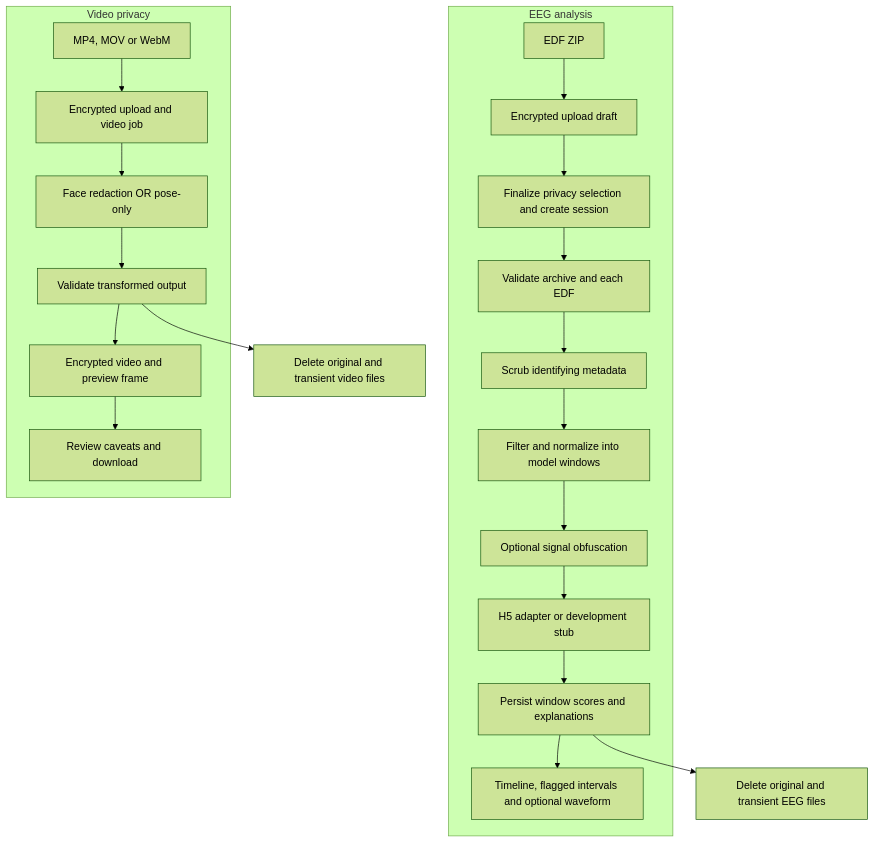
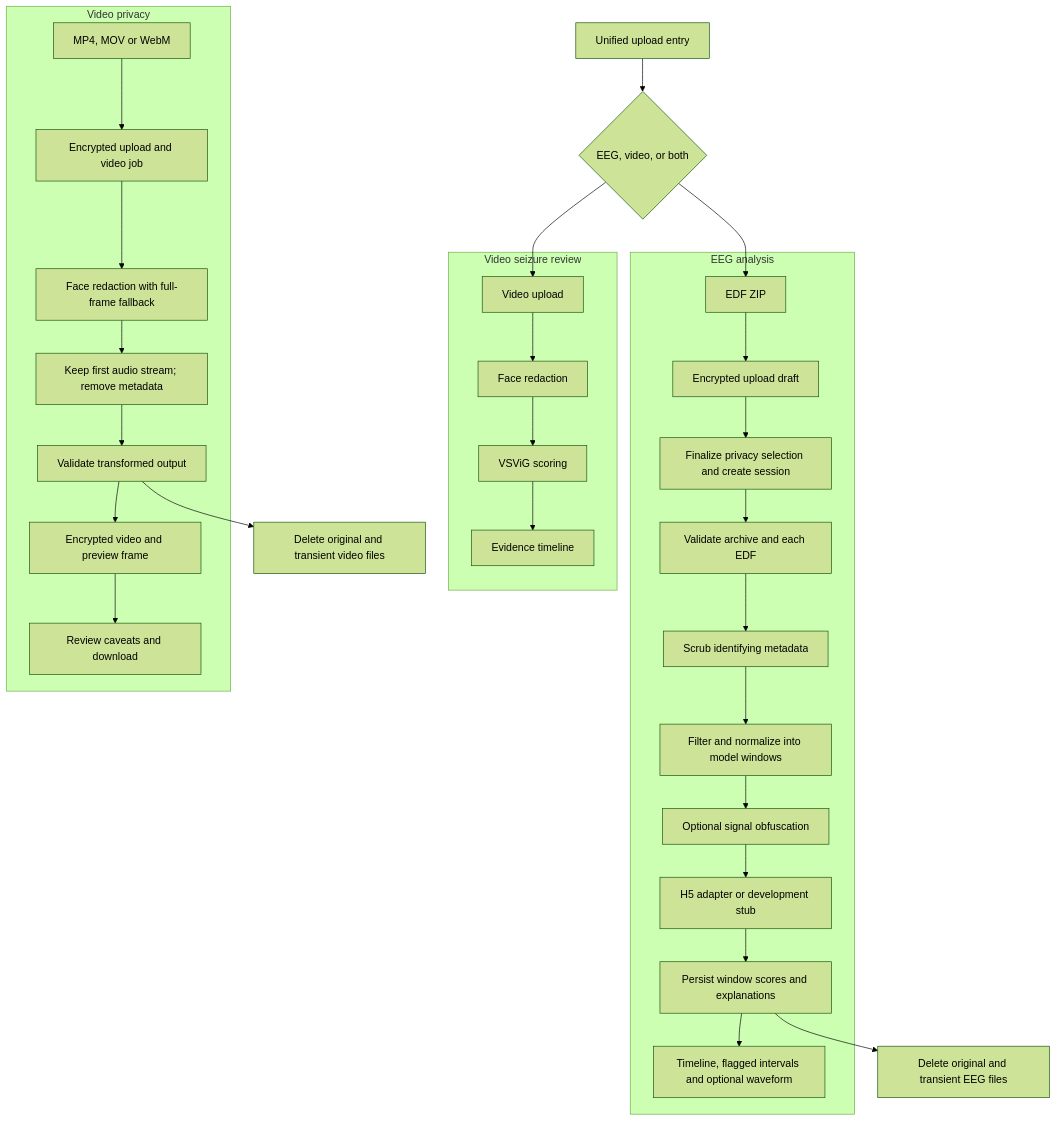
Before and after one commit to 4ffaad/FYP-MDS01: the third of 5 diagrams in docs/architecture.md, drawn with Mermaid (forest theme). The commit also changed other lines of this file and 83 other files, not shown here.

Commit message:
video privacy feature

````diff
--- a/docs/architecture.md
+++ b/docs/architecture.md
@@ -48,23 +48,32 @@
 ```mermaid
 flowchart TB
+    UploadEntry[Unified upload entry] --> Choose{EEG, video, or both}
     subgraph EEG[EEG analysis]
         ZIP[EDF ZIP] --> Draft[Encrypted upload draft]
         Draft --> Session[Finalize privacy selection and create session]
         Session --> Validate[Validate archive and each EDF]
         Validate --> Scrub[Scrub identifying metadata]
         Scrub --> Preprocess[Filter and normalize into model windows]
         Preprocess --> Privacy[Optional signal obfuscation]
         Privacy --> Inference[H5 adapter or development stub]
         Inference --> Scores[Persist window scores and explanations]
         Scores --> Review[Timeline, flagged intervals and optional waveform]
     end
+    Choose --> ZIP
+    subgraph Detection[Video seizure review]
+        DetectionUpload[Video upload] --> DetectionPrivacy[Face redaction]
+        DetectionPrivacy --> DetectionModel[VSViG scoring]
+        DetectionModel --> DetectionReview[Evidence timeline]
+    end
+    Choose --> DetectionUpload
     subgraph Video[Video privacy]
         Upload[MP4, MOV or WebM] --> Job[Encrypted upload and video job]
-        Job --> Transform[Face redaction OR pose-only]
-        Transform --> Check[Validate transformed output]
+        Job --> Transform[Face redaction with full-frame fallback]
+        Transform --> Audio[Keep first audio stream; remove metadata]
+        Audio --> Check[Validate transformed output]
         Check --> Output[Encrypted video and preview frame]
         Output --> Download[Review caveats and download]
     end
     Scores --> Cleanup[Delete original and transient EEG files]
     Check --> VideoCleanup[Delete original and transient video files]
 ```
````
